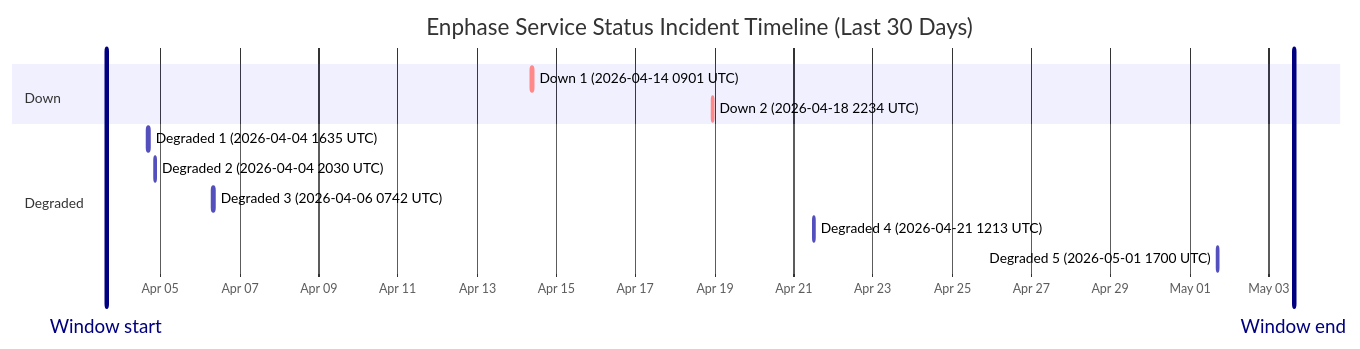
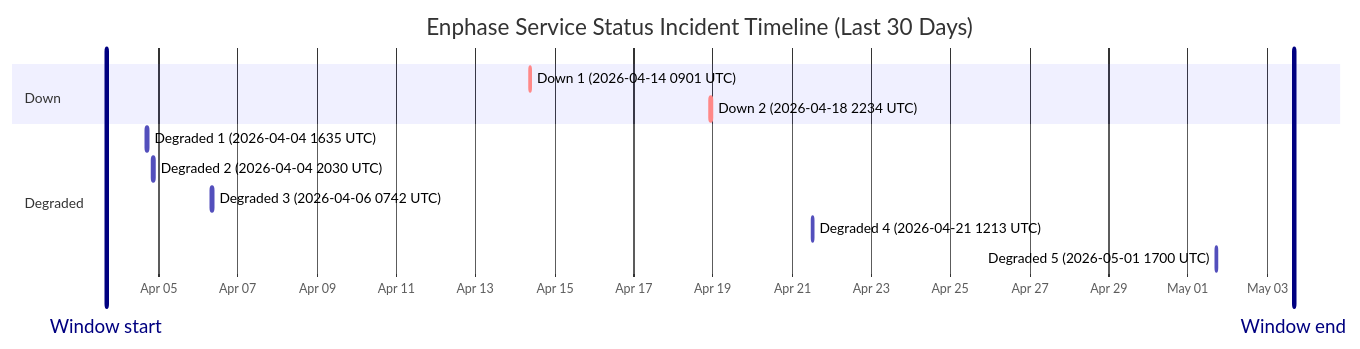
Before and after one commit to barneyonline/ha-enphase-ev-charger: the diagram in wiki/Service-Status-History.md, drawn with Mermaid. The commit also changed other lines of this file and 3 other files, not shown here.

````diff
--- a/wiki/Service-Status-History.md
+++ b/wiki/Service-Status-History.md
@@ -14,17 +14,17 @@
 ```mermaid
 gantt
     title Enphase Service Status Incident Timeline (Last 30 Days)
     dateFormat  YYYY-MM-DDTHH:mm:ss
     axisFormat  %b %d
-    Window start :vert, window-start, 2026-04-03T15:11:56, 0ms
-    Window end :vert, window-end, 2026-05-03T15:11:56, 0ms
+    Window start :vert, window-start, 2026-04-03T16:08:06, 0ms
+    Window end :vert, window-end, 2026-05-03T16:08:06, 0ms
     section Down
     Down 1 (2026-04-14 0901 UTC) :crit, down-1, 2026-04-14T09:01:13, 60m
     Down 2 (2026-04-18 2234 UTC) :crit, down-2, 2026-04-18T22:34:13, 60m
     section Degraded
     Degraded 1 (2026-04-04 1635 UTC) :active, degraded-1, 2026-04-04T16:35:17, 60m
     Degraded 2 (2026-04-04 2030 UTC) :active, degraded-2, 2026-04-04T20:30:40, 60m
     Degraded 3 (2026-04-06 0742 UTC) :active, degraded-3, 2026-04-06T07:42:09, 85m
     Degraded 4 (2026-04-21 1213 UTC) :active, degraded-4, 2026-04-21T12:13:11, 60m
     Degraded 5 (2026-05-01 1700 UTC) :active, degraded-5, 2026-05-01T17:00:22, 60m
 ```
````
